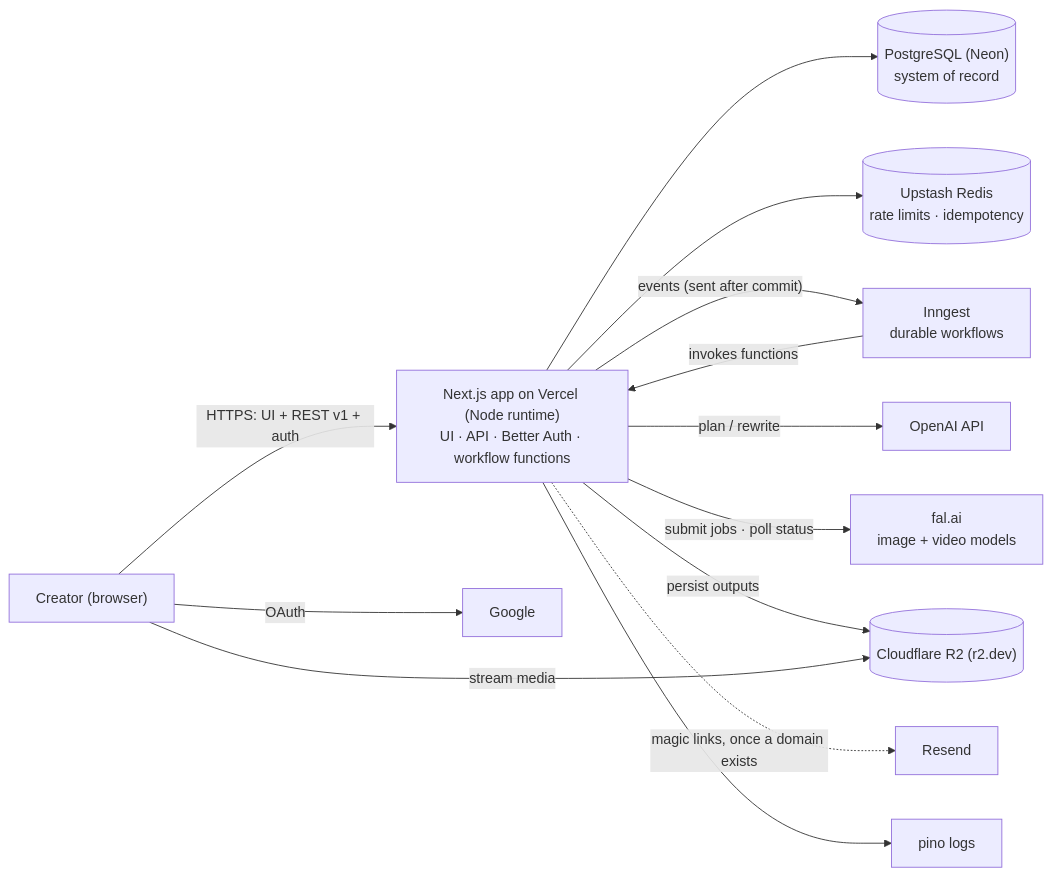
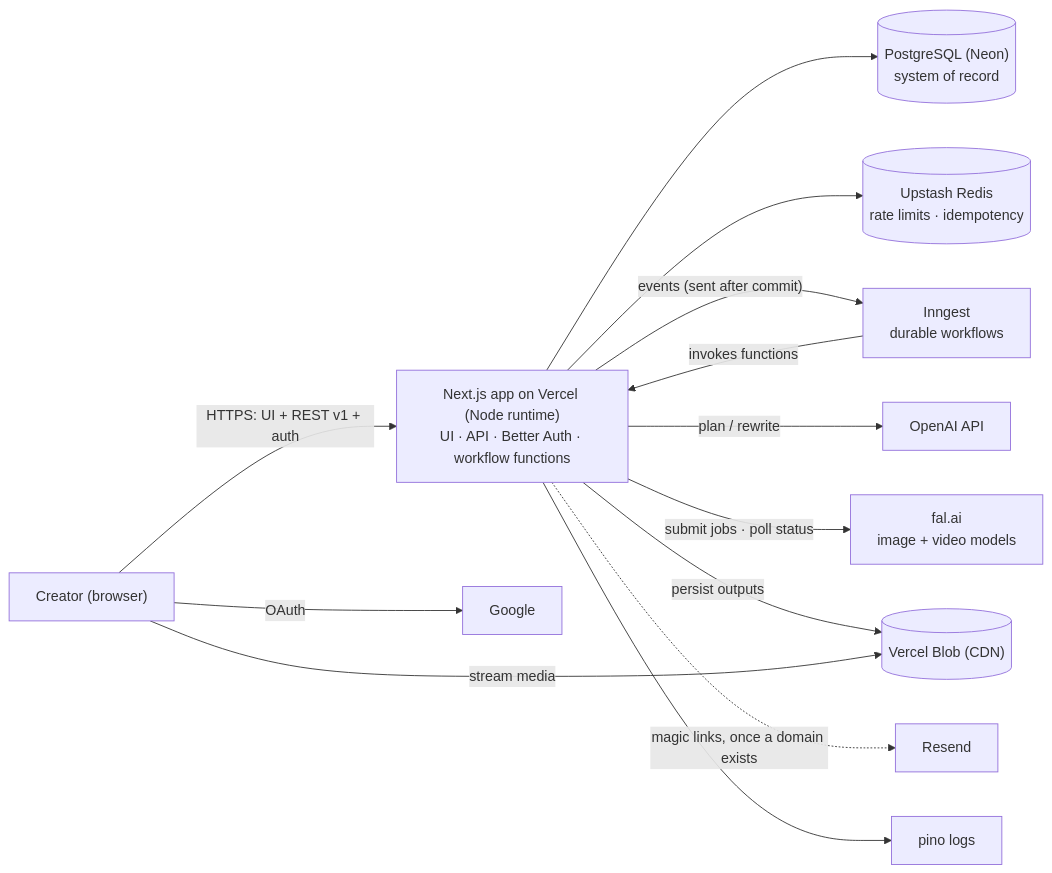
One commit to Webtech12/higgsfield-ai-clone changed the first of 5 diagrams in docs/architecture.md. Above: the diagram before and after it, drawn with Mermaid. The commit also changed other lines of this file and 8 other files, not shown here.

First line of the commit message:
docs(adr): store media in Vercel Blob instead of Cloudflare R2

````diff
--- a/docs/architecture.md
+++ b/docs/architecture.md
@@ -37,15 +37,15 @@
 ```mermaid
 flowchart LR
   U["Creator (browser)"] -->|"HTTPS: UI + REST v1 + auth"| APP["Next.js app on Vercel (Node runtime)<br/>UI · API · Better Auth · workflow functions"]
   APP --> DB[("PostgreSQL (Neon)<br/>system of record")]
   APP --> RL[("Upstash Redis<br/>rate limits · idempotency")]
   APP -->|"events (sent after commit)"| WF["Inngest<br/>durable workflows"]
   WF -->|"invokes functions"| APP
   APP -->|"plan / rewrite"| LLM["OpenAI API"]
   APP -->|"submit jobs · poll status"| MP["fal.ai<br/>image + video models"]
-  APP -->|"persist outputs"| OS[("Cloudflare R2 (r2.dev)")]
+  APP -->|"persist outputs"| OS[("Vercel Blob (CDN)")]
   U -->|"stream media"| OS
   APP -.->|"magic links, once a domain exists"| EM["Resend"]
   U -->|"OAuth"| G["Google"]
   APP --> OBS["pino logs"]
 ```
````
